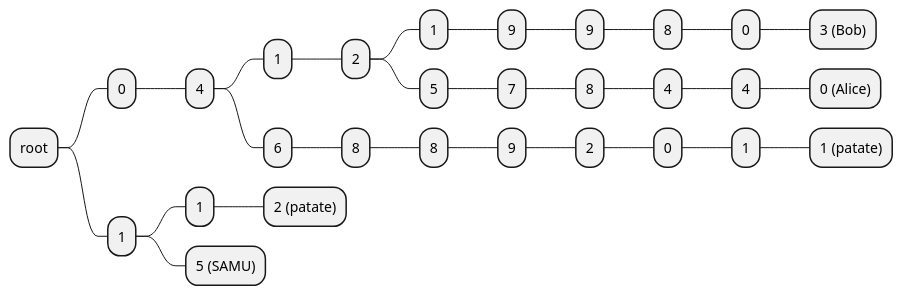
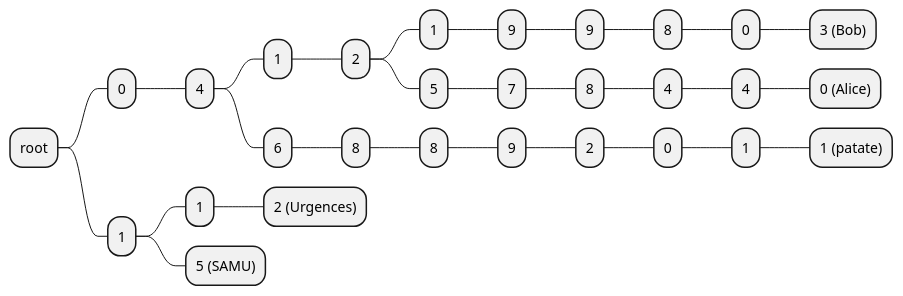
The diagram in graph/04_common_parts.puml (alexgd69/Phone_Number_Manager), drawn with PlantUML before and after one commit. The commit also changed 1 other file, not shown here.

```diff
--- a/graph/04_common_parts.puml
+++ b/graph/04_common_parts.puml
@@ -1,31 +1,31 @@
 @startmindmap
 * root
 ** 0
 *** 4
 **** 1
 ***** 2
 ****** 1
 ******* 9
 ******** 9
 ********* 8
 ********** 0
 *********** 3 (Bob)
 ****** 5
 ******* 7
 ******** 8
 ********* 4
 ********** 4
 *********** 0 (Alice)
 **** 6
 ***** 8
 ****** 8
 ******* 9
 ******** 2
 ********* 0
 ********** 1
 *********** 1 (patate)
 ** 1
 *** 1
-**** 2 (patate)
+**** 2 (Urgences)
 *** 5 (SAMU)
 @endmindmap
```
